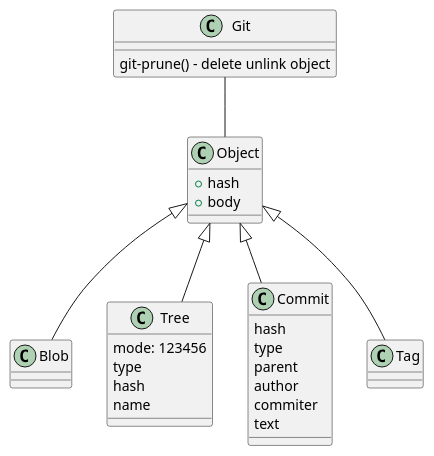
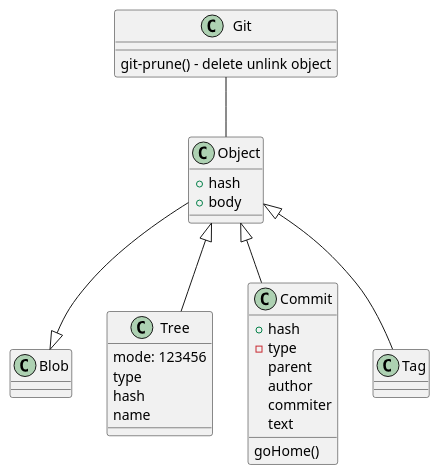
One commit to Imater/gtdhub changed the diagram in client/components/git/git.puml. Above: the diagram before and after it, drawn with PlantUML. The commit also changed 11 other files, not shown here.

```diff
--- a/client/components/git/git.puml
+++ b/client/components/git/git.puml
@@ -1,42 +1,43 @@
 @startuml
 
 class Git {
   git-prune() - delete unlink object
 }
 
 Git -- Object
 
 class Object {
   +hash
   +body
 }
 
 class Blob {
 }
 
 class Tree {
   mode: 123456
   type
   hash
   name
 }
 
 class Commit {
-  hash
-  type
+  +hash
+  -type
   parent
   author
   commiter
   text
+  goHome()
 }
 
 class Tag {
 }
 
 Object <|--Tree
-Object <|--Blob
+Object --|> Blob
 Object <|--Commit
 Object <|--Tag
 
 
 @enduml
```
